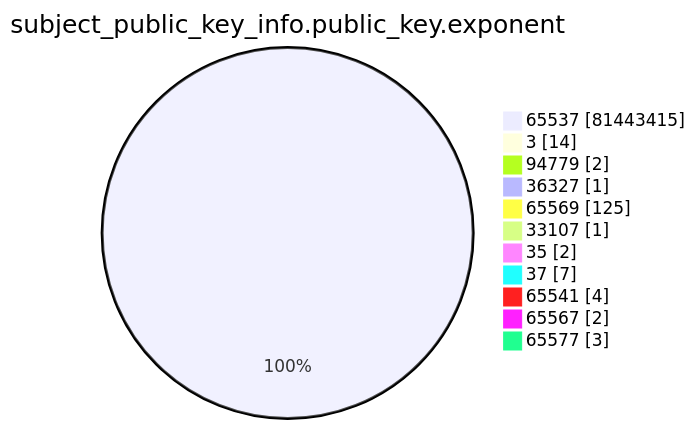
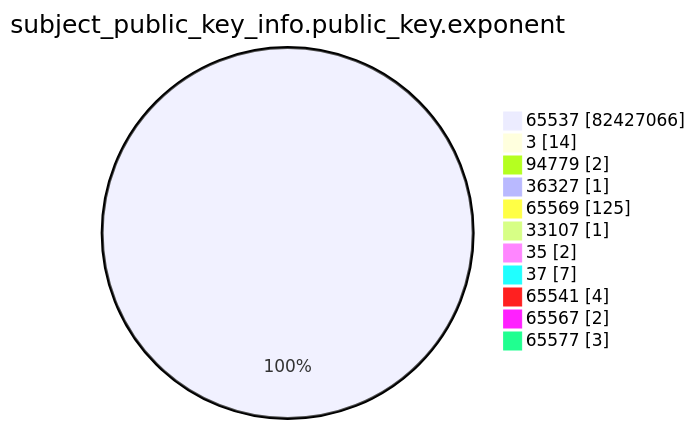
The fourth of 15 diagrams in xenon2023/README.md (christiankrug/ctmonitor_visualization), drawn with Mermaid before and after one commit. The commit also changed other lines of this file, not shown here.

````diff
--- a/xenon2023/README.md
+++ b/xenon2023/README.md
@@ -1235,15 +1236,15 @@
 ```mermaid
 pie showData
 title subject_public_key_info.public_key.exponent
-"65537" :81443415
+"65537" :82427066
 "3" :14
 "94779" :2
 "36327" :1
 "65569" :125
 "33107" :1
 "35" :2
 "37" :7
 "65541" :4
 "65567" :2
 "65577" :3
 ```
````
